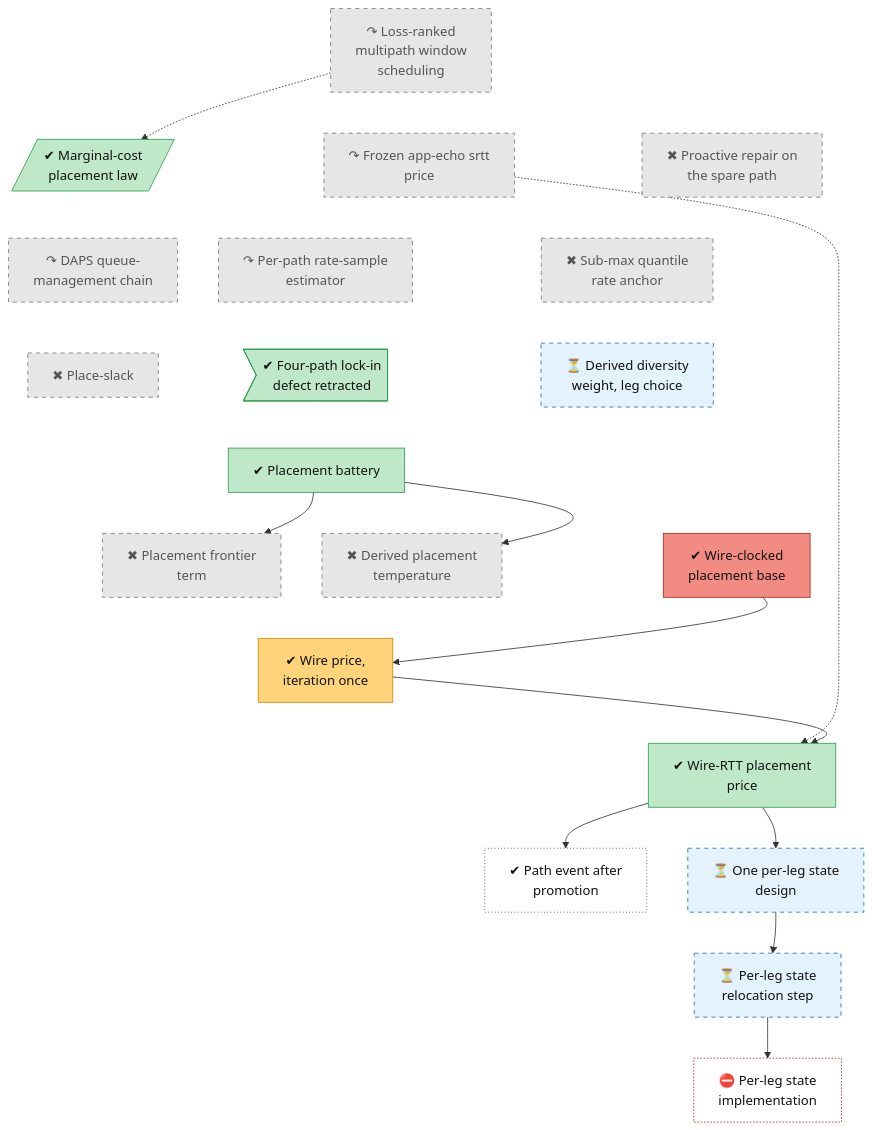
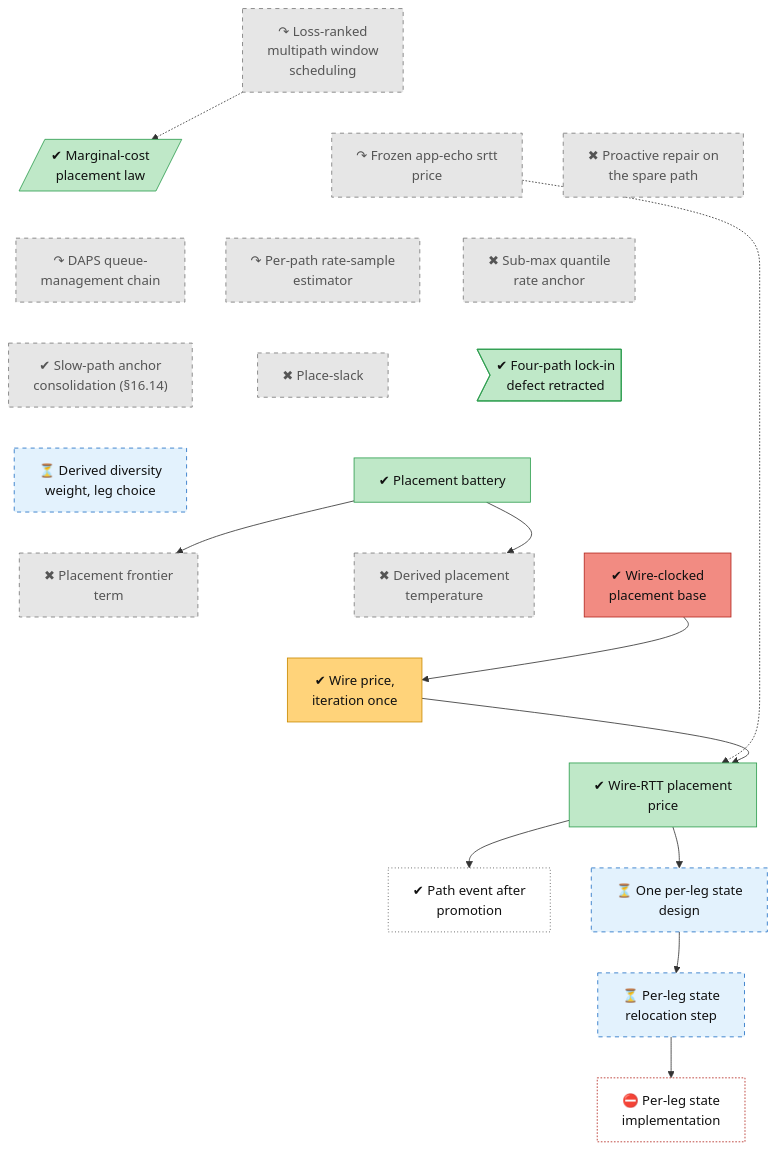
The diagram in docs/roadmap/tracks/place.md (lhns/raptorpath), drawn with Mermaid before and after one commit. The commit also changed other lines of this file and 15 other files, not shown here.

First line of the commit message:
roadmap: show folded records; labelled backfill items; own-verdict records promoted

````diff
--- a/docs/roadmap/tracks/place.md
+++ b/docs/roadmap/tracks/place.md
@@ -10,77 +10,78 @@
 ```mermaid
 flowchart TB
     place_early_window_sched["↷ Loss-ranked<br/>multipath window<br/>scheduling"]
     place_marginal_cost[/"✔ Marginal-cost<br/>placement law"/]
     place_frozen_echo["↷ Frozen app-echo srtt<br/>price"]
     place_spare_repair["✖ Proactive repair on<br/>the spare path"]
     place_daps["↷ DAPS queue-<br/>management chain"]
     place_rate_sample["↷ Per-path rate-sample<br/>estimator"]
     place_submax_anchor["✖ Sub-max quantile<br/>rate anchor"]
+    place_anchor_consolidate["✔ Slow-path anchor<br/>consolidation (#167;16.14)"]
     place_slack["✖ Place-slack"]
     place_quad_lockin>"✔ Four-path lock-in<br/>defect retracted"]
     place_wdiv["⏳ Derived diversity<br/>weight, leg choice"]
     place_stage2_battery["✔ Placement battery"]
     place_hol["✖ Placement frontier<br/>term"]
     place_t_derived["✖ Derived placement<br/>temperature"]
     place_s38_wire["✔ Wire-clocked<br/>placement base"]
     place_s41_iteration["✔ Wire price,<br/>iteration once"]
     place_wire_price["✔ Wire-RTT placement<br/>price"]
     place_path_event["✔ Path event after<br/>promotion"]
     place_per_leg_state["⏳ One per-leg state<br/>design"]
     place_per_leg_relocate["⏳ Per-leg state<br/>relocation step"]
     place_per_leg_impl["⛔ Per-leg state<br/>implementation"]
     place_early_window_sched ~~~ place_marginal_cost
     place_early_window_sched ~~~ place_frozen_echo
     place_early_window_sched ~~~ place_spare_repair
     place_marginal_cost ~~~ place_daps
     place_frozen_echo ~~~ place_rate_sample
     place_spare_repair ~~~ place_submax_anchor
-    place_daps ~~~ place_slack
-    place_rate_sample ~~~ place_quad_lockin
-    place_submax_anchor ~~~ place_wdiv
+    place_daps ~~~ place_anchor_consolidate
+    place_rate_sample ~~~ place_slack
+    place_submax_anchor ~~~ place_quad_lockin
+    place_anchor_consolidate ~~~ place_wdiv
     place_slack ~~~ place_stage2_battery
     place_quad_lockin ~~~ place_stage2_battery
-    place_wdiv ~~~ place_stage2_battery
-    place_stage2_battery ~~~ place_hol
+    place_wdiv ~~~ place_hol
     place_stage2_battery ~~~ place_t_derived
     place_stage2_battery ~~~ place_s38_wire
     place_hol ~~~ place_s41_iteration
     place_t_derived ~~~ place_s41_iteration
     place_s38_wire ~~~ place_s41_iteration
     place_s41_iteration ~~~ place_wire_price
     place_wire_price ~~~ place_path_event
     place_wire_price ~~~ place_per_leg_state
     place_path_event ~~~ place_per_leg_relocate
     place_per_leg_state ~~~ place_per_leg_relocate
     place_per_leg_relocate ~~~ place_per_leg_impl
     place_early_window_sched -.-> place_marginal_cost
     place_frozen_echo -.-> place_wire_price
     place_stage2_battery --> place_hol
     place_stage2_battery --> place_t_derived
     place_s38_wire --> place_s41_iteration
     place_s41_iteration --> place_wire_price
     place_wire_price --> place_path_event
     place_wire_price --> place_per_leg_state
     place_per_leg_state --> place_per_leg_relocate
     place_per_leg_relocate --> place_per_leg_impl
     classDef vsucc fill:#2e9e4f,stroke:#1b6b34,color:#fff
     classDef succ fill:#bfe8c8,stroke:#2e9e4f,color:#111
     classDef mixed fill:#ffd37a,stroke:#c98a00,color:#111
     classDef bad fill:#f28b82,stroke:#b3261e,color:#111
     classDef dead fill:#e6e6e6,stroke:#777,stroke-dasharray:5 5,color:#555
     classDef inprog fill:#a8cdf5,stroke:#1f6fc5,color:#111
     classDef next fill:#fff,stroke:#333,color:#111
     classDef blocked fill:#fff,stroke:#b3261e,stroke-dasharray:2 2,color:#111
     classDef parked fill:#f3f3f3,stroke:#999,color:#555
     classDef unrated fill:#fff,stroke:#333,stroke-dasharray:1 3,color:#111
     classDef userdec fill:#d9c2f0,stroke:#7b3fb5,color:#111
     classDef defect fill:#ffe0b2,stroke:#d84315,stroke-width:2px,color:#111
     classDef waiting fill:#e3f2fd,stroke:#1f6fc5,stroke-dasharray:5 5,color:#111
-    class place_early_window_sched,place_frozen_echo,place_spare_repair,place_daps,place_rate_sample,place_submax_anchor,place_slack,place_hol,place_t_derived dead
+    class place_early_window_sched,place_frozen_echo,place_spare_repair,place_daps,place_rate_sample,place_submax_anchor,place_anchor_consolidate,place_slack,place_hol,place_t_derived dead
     class place_marginal_cost,place_quad_lockin,place_stage2_battery,place_wire_price succ
     class place_wdiv,place_per_leg_state,place_per_leg_relocate waiting
     class place_s38_wire bad
     class place_s41_iteration mixed
     class place_path_event unrated
     class place_per_leg_impl blocked
 ```
````
